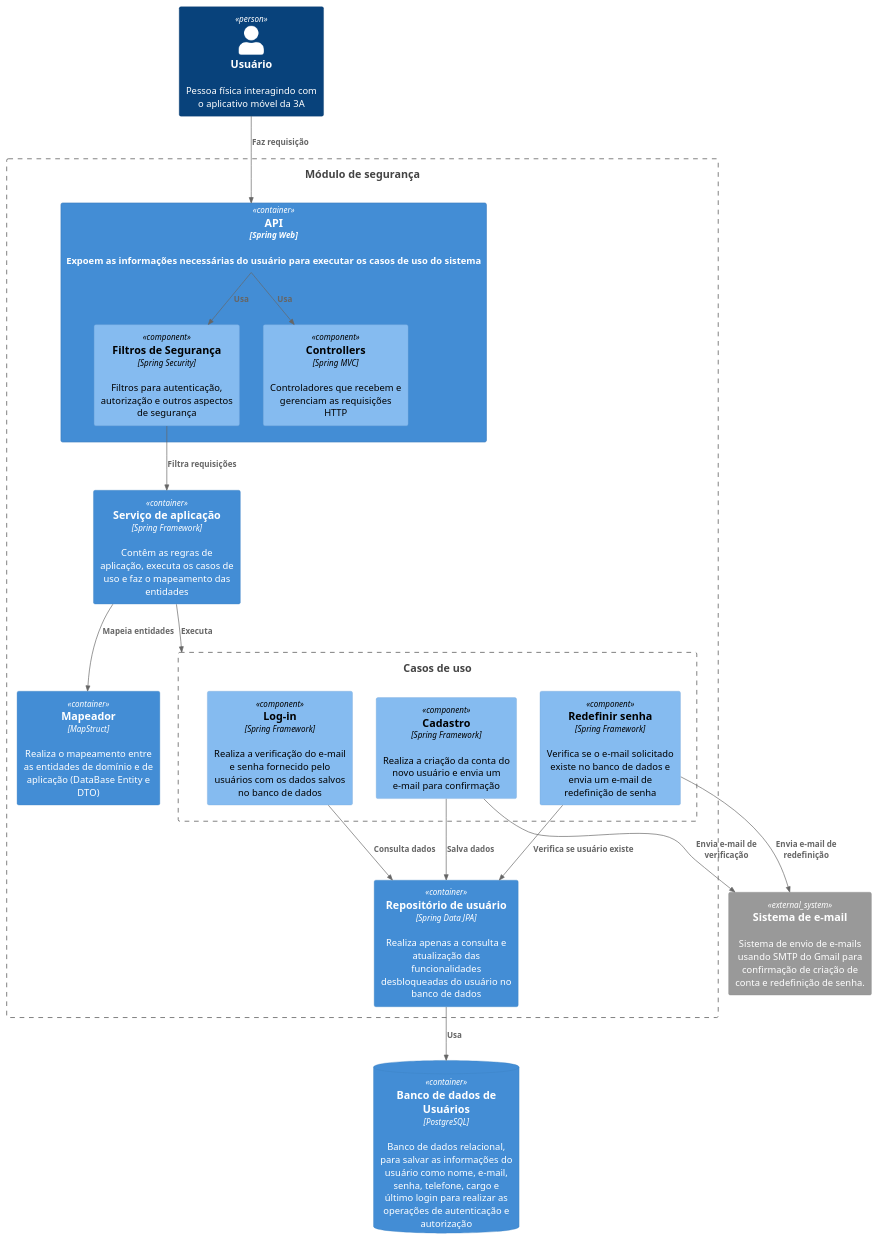
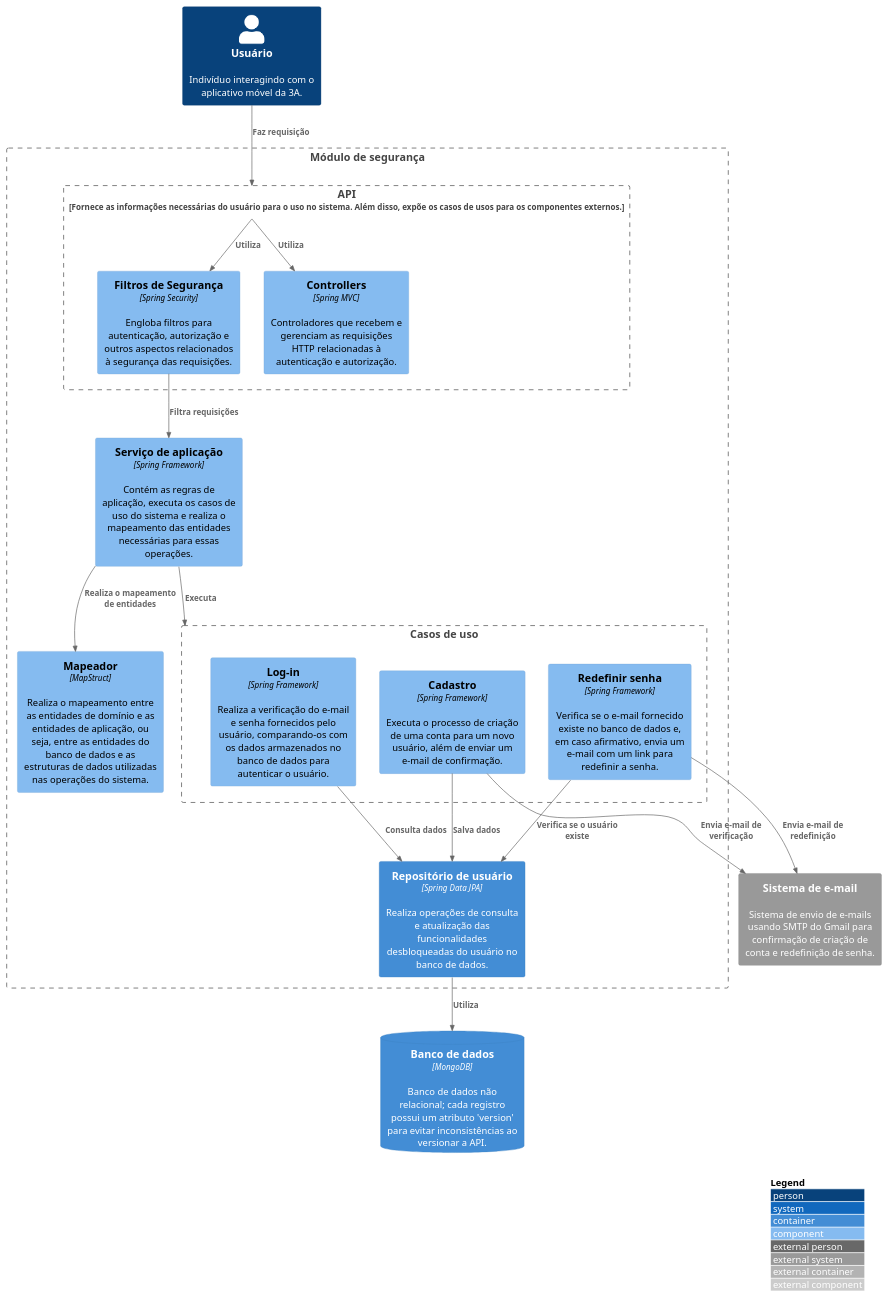
Before and after one commit to Open-3A/3A-c4-model: the diagram in c3-components/back-end/security-module/security_module.puml, drawn with PlantUML.

Commit message:
refactor(c3): clarify diagram of security module

```diff
--- a/c3-components/back-end/security-module/security_module.puml
+++ b/c3-components/back-end/security-module/security_module.puml
@@ -1,40 +1,43 @@
 @startuml Security Module
 
 !include https://raw.githubusercontent.com/adrianvlupu/C4-PlantUML/latest/C4_Component.puml
 
-Person(user, "Usuário", "Pessoa física interagindo com o aplicativo móvel da 3A")
+LAYOUT_WITH_LEGEND()
+
+Person(user, "Usuário", "Indivíduo interagindo com o aplicativo móvel da 3A.")
 
 System_Ext(mail, "Sistema de e-mail", "Sistema de envio de e-mails usando SMTP do Gmail para confirmação de criação de conta e redefinição de senha.")
-ContainerDb(user_db, "Banco de dados de Usuários", "PostgreSQL", "Banco de dados relacional, para salvar as informações do usuário como nome, e-mail, senha, telefone, cargo e último login para realizar as operações de autenticação e autorização")
 
 Boundary(security_module, "Módulo de segurança"){
-  Container(security_api, "API", "Spring Web", "Expoem as informações necessárias do usuário para executar os casos de uso do sistema"){
-    Component(security_filters, "Filtros de Segurança", "Spring Security", "Filtros para autenticação, autorização e outros aspectos de segurança")
-    Component(security_controllers, "Controllers", "Spring MVC", "Controladores que recebem e gerenciam as requisições HTTP")
+  Boundary(security_api, "API", "Fornece as informações necessárias do usuário para o uso no sistema. Além disso, expõe os casos de usos para os componentes externos."){
+    Component(security_filters, "Filtros de Segurança", "Spring Security", "Engloba filtros para autenticação, autorização e outros aspectos relacionados à segurança das requisições.")
+    Component(security_controllers, "Controllers", "Spring MVC", "Controladores que recebem e gerenciam as requisições HTTP relacionadas à autenticação e autorização.")
   }
-  Container(security_service, "Serviço de aplicação", "Spring Framework", "Contêm as regras de aplicação, executa os casos de uso e faz o mapeamento das entidades")
-  Container(report_mapper, "Mapeador", "MapStruct", "Realiza o mapeamento entre as entidades de domínio e de aplicação (DataBase Entity e DTO)")
+  Component(security_service, "Serviço de aplicação", "Spring Framework", "Contém as regras de aplicação, executa os casos de uso do sistema e realiza o mapeamento das entidades necessárias para essas operações.")
+  Component(report_mapper, "Mapeador", "MapStruct", "Realiza o mapeamento entre as entidades de domínio e as entidades de aplicação, ou seja, entre as entidades do banco de dados e as estruturas de dados utilizadas nas operações do sistema.")
 
   Boundary(security_use_cases, "Casos de uso"){
-    Component(login_use_case, "Log-in", "Spring Framework", "Realiza a verificação do e-mail e senha fornecido pelo usuários com os dados salvos no banco de dados")
-    Component(signup_use_case, "Cadastro", "Spring Framework", "Realiza a criação da conta do novo usuário e envia um e-mail para confirmação")
-    Component(reset_pwd_use_case, "Redefinir senha", "Spring Framework", "Verifica se o e-mail solicitado existe no banco de dados e envia um e-mail de redefinição de senha")
+    Component(login_use_case, "Log-in", "Spring Framework", "Realiza a verificação do e-mail e senha fornecidos pelo usuário, comparando-os com os dados armazenados no banco de dados para autenticar o usuário.")
+    Component(signup_use_case, "Cadastro", "Spring Framework", "Executa o processo de criação de uma conta para um novo usuário, além de enviar um e-mail de confirmação.")
+    Component(reset_pwd_use_case, "Redefinir senha", "Spring Framework", "Verifica se o e-mail fornecido existe no banco de dados e, em caso afirmativo, envia um e-mail com um link para redefinir a senha.")
   }
 
-  Container(user_repository, "Repositório de usuário", "Spring Data JPA", "Realiza apenas a consulta e atualização das funcionalidades desbloqueadas do usuário no banco de dados")
+  Container(user_repository, "Repositório de usuário", "Spring Data JPA", "Realiza operações de consulta e atualização das funcionalidades desbloqueadas do usuário no banco de dados.")
 }
 
+ContainerDb(db, "Banco de dados", "MongoDB", "Banco de dados não relacional; cada registro possui um atributo 'version' para evitar inconsistências ao versionar a API.")
+
 Rel(user, security_api, "Faz requisição")
-Rel(security_api, security_filters, "Usa")
-Rel(security_api, security_controllers, "Usa")
+Rel(security_api, security_filters, "Utiliza")
+Rel(security_api, security_controllers, "Utiliza")
 Rel(security_filters, security_service, "Filtra requisições")
-Rel(security_service, report_mapper, "Mapeia entidades")
+Rel(security_service, report_mapper, "Realiza o mapeamento de entidades")
 Rel(security_service, security_use_cases, "Executa")
-Rel(user_repository, user_db, "Usa")
+Rel(user_repository, db, "Utiliza")
 Rel(login_use_case, user_repository, "Consulta dados")
 Rel(signup_use_case, user_repository, "Salva dados")
 Rel(signup_use_case, mail, "Envia e-mail de verificação")
-Rel(reset_pwd_use_case, user_repository, "Verifica se usuário existe")
+Rel(reset_pwd_use_case, user_repository, "Verifica se o usuário existe")
 Rel(reset_pwd_use_case, mail, "Envia e-mail de redefinição")
 
 @enduml
```
